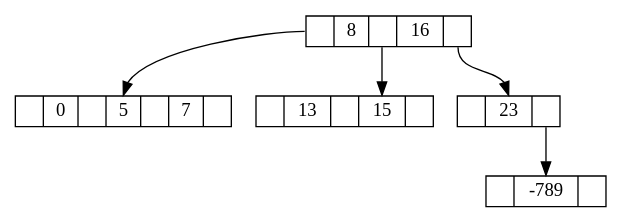
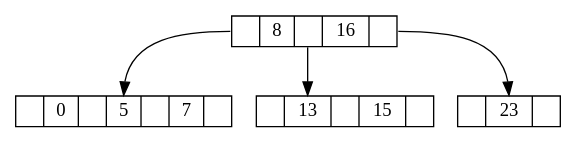
One commit to DenRen/BabichevAlgo changed the diagram in H5/H5.4-bigbook/graph.gv. Above: the diagram before and after it, drawn with Graphviz. The commit also changed 4 other files, not shown here.

```diff
--- a/H5/H5.4-bigbook/graph.gv
+++ b/H5/H5.4-bigbook/graph.gv
@@ -1,12 +1,10 @@
 digraph G {
 node [shape = record, height=.1];
 node0[label = "<p0>| <k0> 8| <p1>| <k1> 16| <p2>"];
 node1[label = "<p0>| <k0> 0| <p1>| <k1> 5| <p2>| <k2> 7| <p3>"];
 "node0":p0 -> "node1":k1;
 node2[label = "<p0>| <k0> 13| <p1>| <k1> 15| <p2>"];
-"node0":p1 -> "node2":k1;
+"node0":p1 -> "node2":k0;
 node3[label = "<p0>| <k0> 23| <p1>"];
-node4[label = "<p0>| <k0> -789| <p1>"];
-"node3":p1 -> "node4":k0;
 "node0":p2 -> "node3":k0;
 }
```
